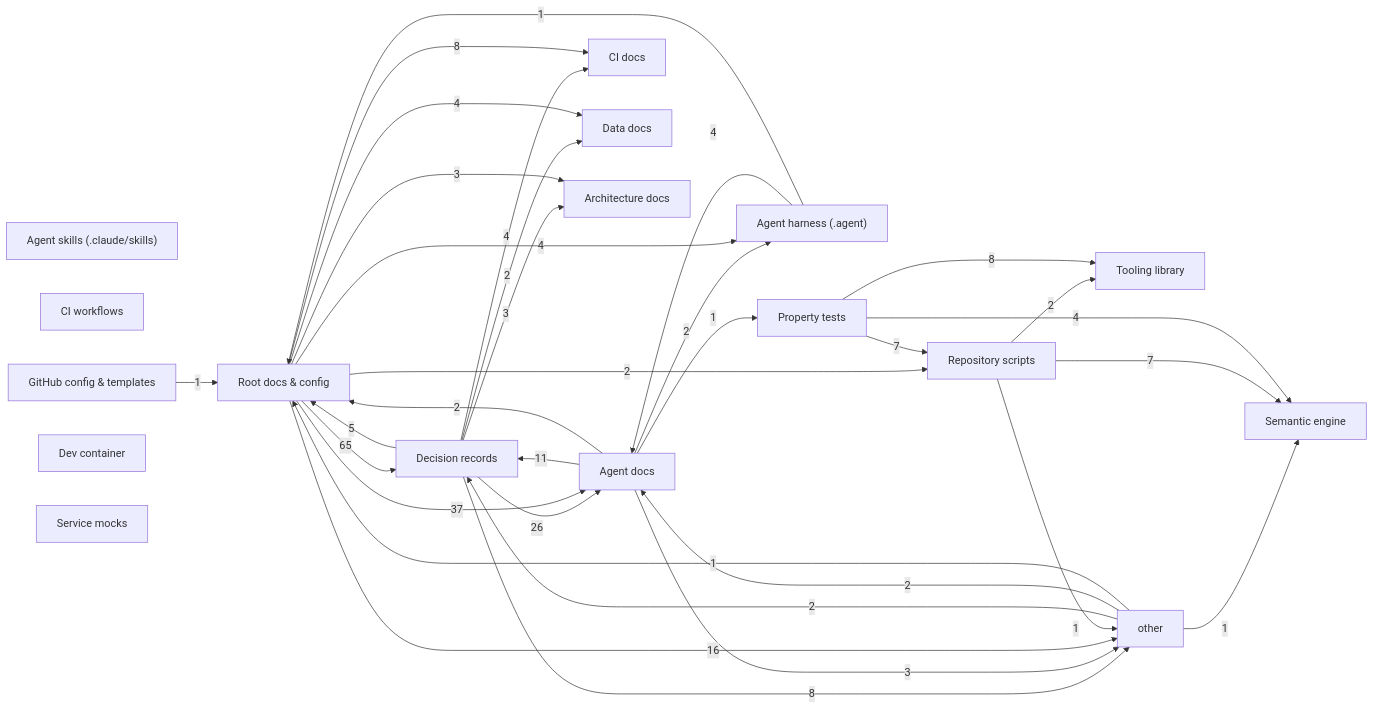
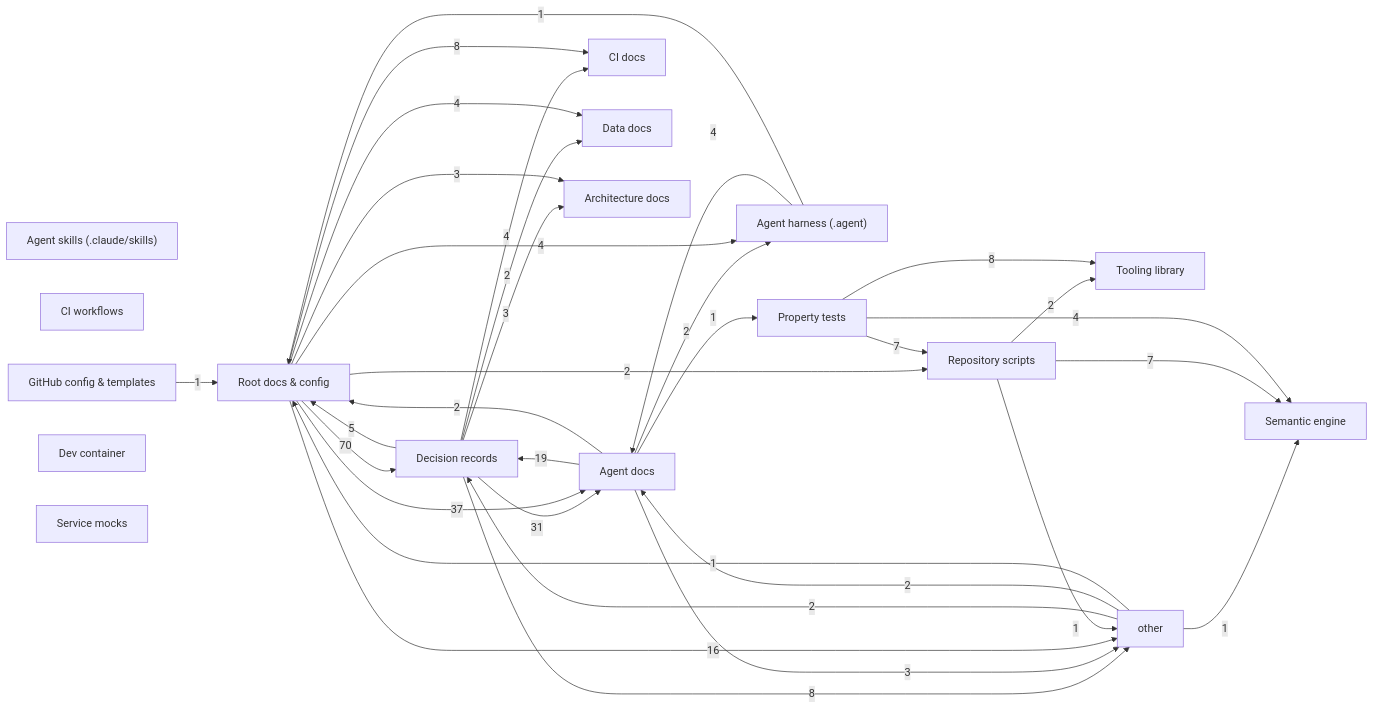
One commit to sayedelazameydesign-crypto/ui changed the diagram in docs/architecture/graph.md. Above: the diagram before and after it, drawn with Mermaid. The commit also changed other lines of this file and 11 other files, not shown here.

````diff
--- a/docs/architecture/graph.md
+++ b/docs/architecture/graph.md
@@ -11,51 +11,51 @@
 ```mermaid
 graph LR
   root["Root docs & config"]
   agent_harness["Agent harness (.agent)"]
   skills["Agent skills (.claude/skills)"]
   workflows["CI workflows"]
   github_config["GitHub config & templates"]
   sandbox["Dev container"]
   adr["Decision records"]
   docs_agents["Agent docs"]
   docs_ci["CI docs"]
   docs_data["Data docs"]
   docs_arch["Architecture docs"]
   semantic["Semantic engine"]
   tooling_lib["Tooling library"]
   scripts["Repository scripts"]
   tests["Property tests"]
   mocks["Service mocks"]
-  adr -->|26| docs_agents
+  adr -->|31| docs_agents
   adr -->|3| docs_arch
   adr -->|4| docs_ci
   adr -->|2| docs_data
   adr -->|8| other
   adr -->|5| root
   agent_harness -->|4| docs_agents
   agent_harness -->|1| root
-  docs_agents -->|11| adr
+  docs_agents -->|19| adr
   docs_agents -->|2| agent_harness
   docs_agents -->|3| other
   docs_agents -->|2| root
   docs_agents -->|1| tests
   github_config -->|1| root
   other -->|2| adr
   other -->|2| docs_agents
   other -->|1| root
   other -->|1| semantic
-  root -->|65| adr
+  root -->|70| adr
   root -->|4| agent_harness
   root -->|37| docs_agents
   root -->|3| docs_arch
   root -->|8| docs_ci
   root -->|4| docs_data
   root -->|16| other
   root -->|2| scripts
   scripts -->|1| other
   scripts -->|7| semantic
   scripts -->|2| tooling_lib
   tests -->|7| scripts
   tests -->|4| semantic
   tests -->|8| tooling_lib
 ```
````
